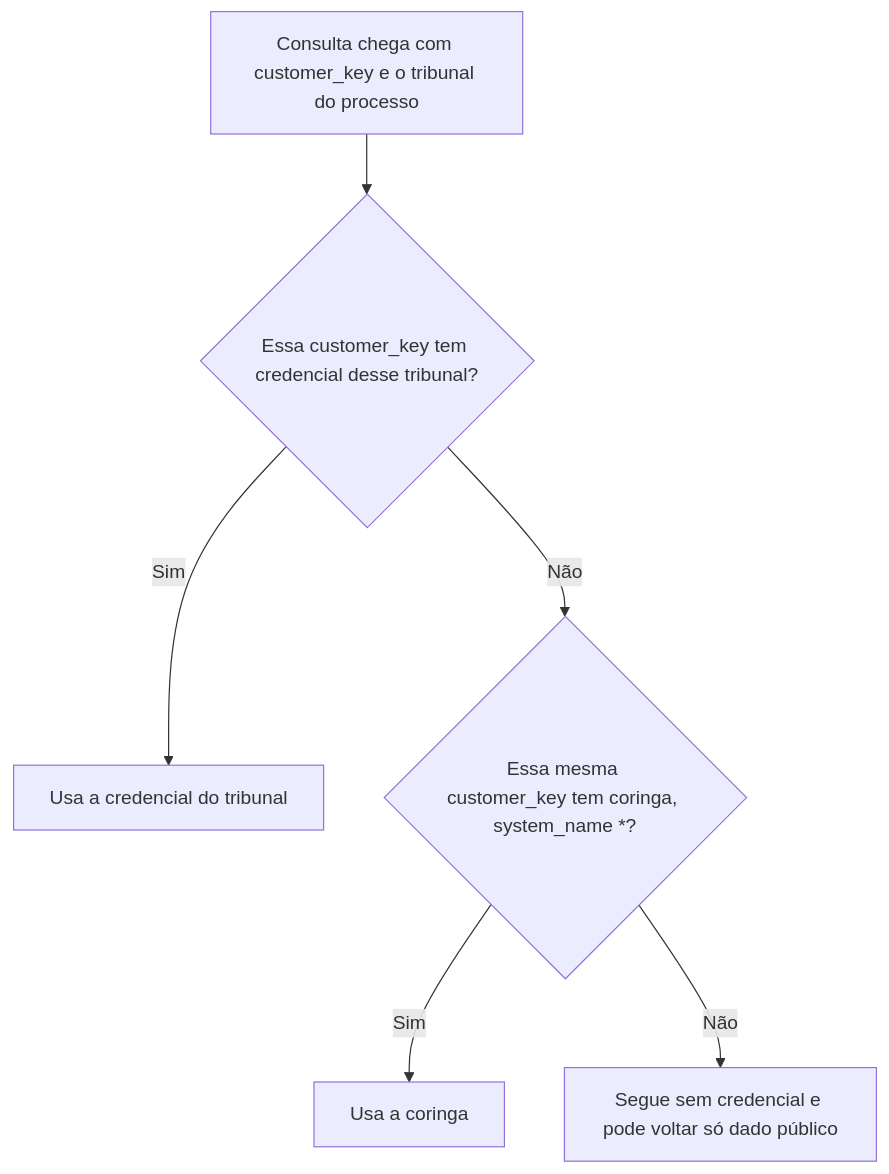
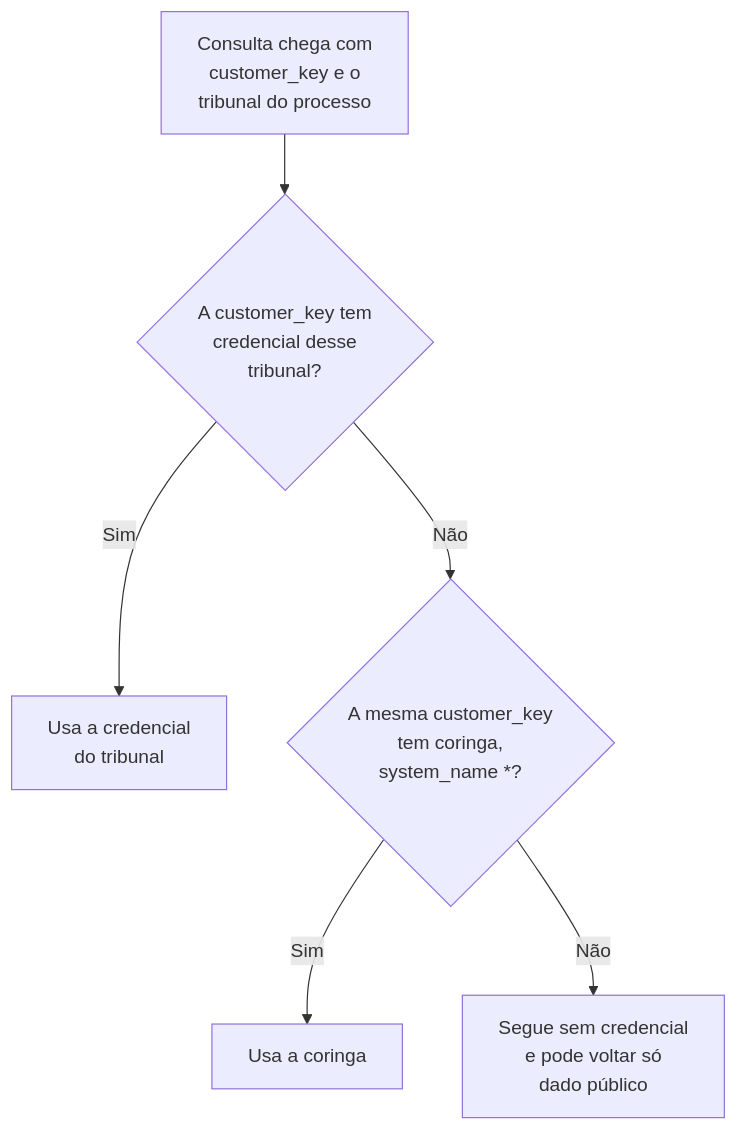
Before and after one commit to abdallaJUDIT/docs: the fourth of 4 diagrams in essentials/cofre-de-credenciais.mdx, drawn with Mermaid. The commit also changed other lines of this file and 1 other file, not shown here.

````diff
--- a/essentials/cofre-de-credenciais.mdx
+++ b/essentials/cofre-de-credenciais.mdx
@@ -387,8 +387,8 @@
 ```mermaid
 flowchart TD
-    A[Consulta chega com customer_key e o tribunal do processo] --> B{Essa customer_key tem credencial desse tribunal?}
-    B -->|Sim| C[Usa a credencial do tribunal]
-    B -->|Não| D{Essa mesma customer_key tem coringa, system_name *?}
+    A[Consulta chega com<br/>customer_key e o<br/>tribunal do processo] --> B{A customer_key tem<br/>credencial desse<br/>tribunal?}
+    B -->|Sim| C[Usa a credencial<br/>do tribunal]
+    B -->|Não| D{A mesma customer_key<br/>tem coringa,<br/>system_name *?}
     D -->|Sim| E[Usa a coringa]
-    D -->|Não| F[Segue sem credencial e pode voltar só dado público]
+    D -->|Não| F[Segue sem credencial<br/>e pode voltar só<br/>dado público]
 ```
````
